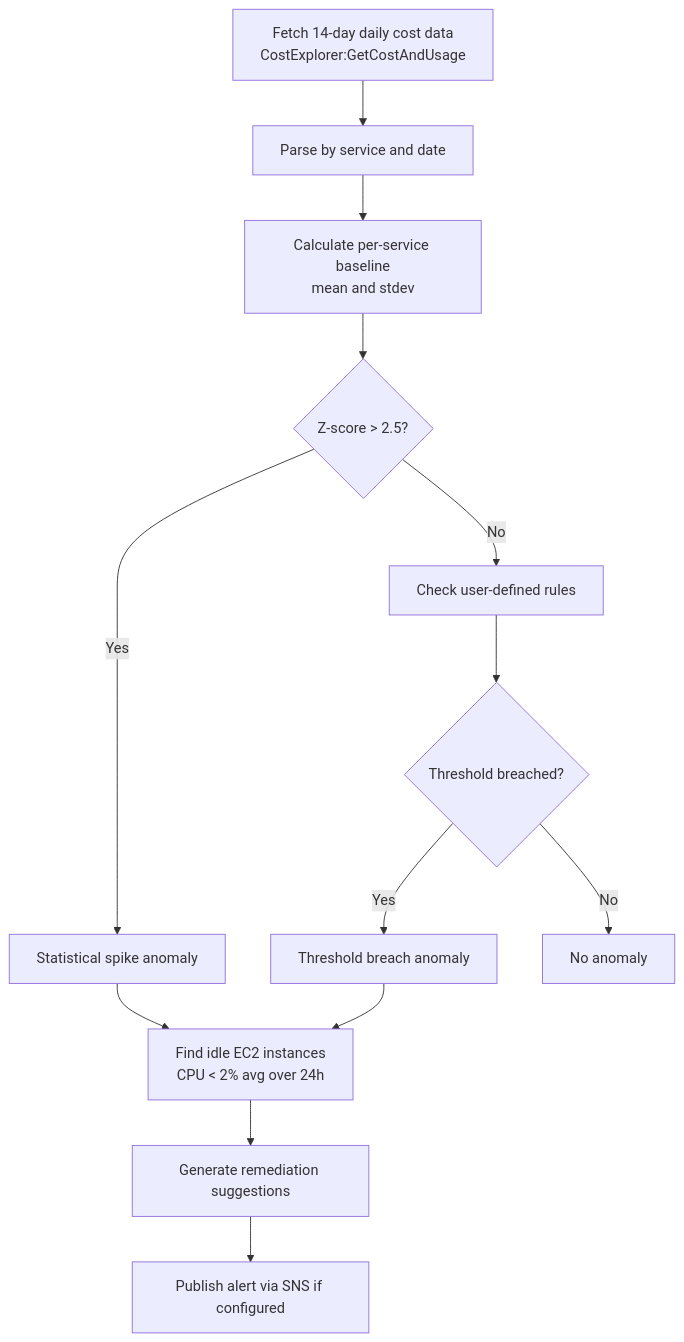
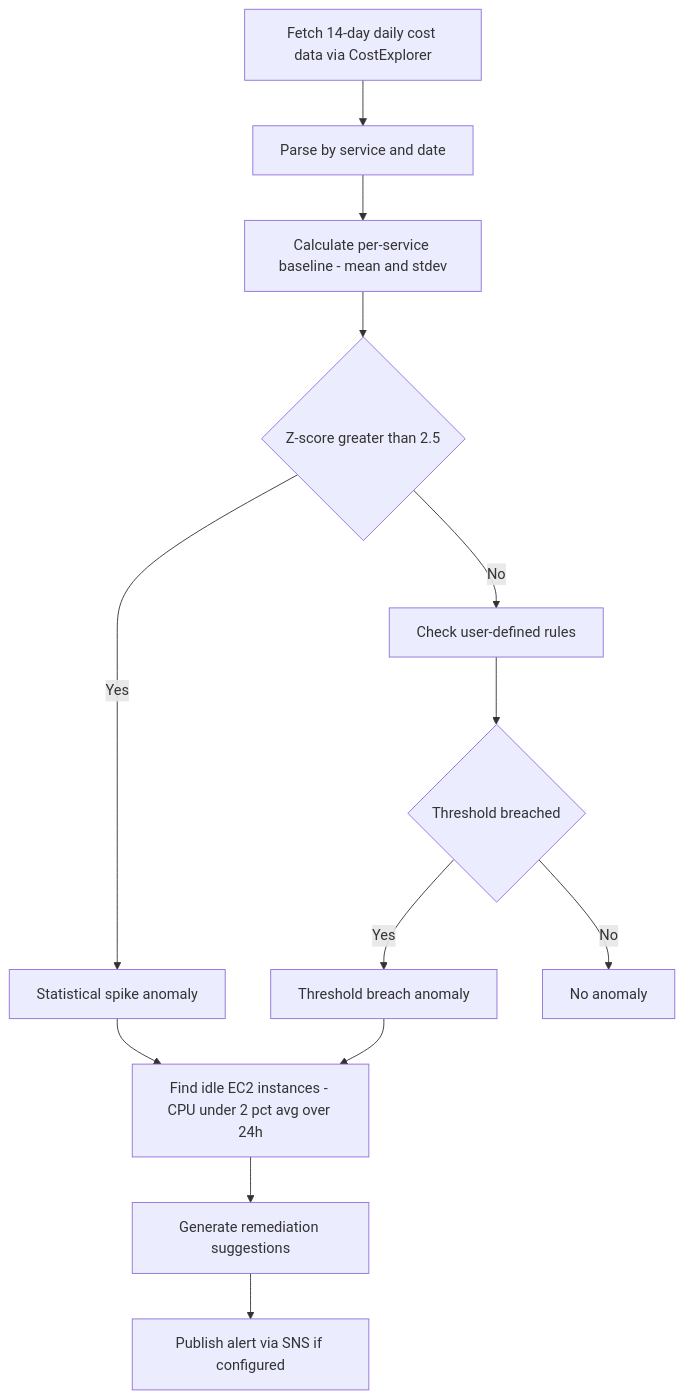
One commit to ritvikindupuri/aws-ai-agent changed diagram 18 of 23 in TECHNICAL_DOCUMENTATION.md. Above: the diagram before and after it, drawn with Mermaid. The commit also changed other lines of this file, not shown here.

Commit message:
Updated README and docs diagrams

````diff
--- a/TECHNICAL_DOCUMENTATION.md
+++ b/TECHNICAL_DOCUMENTATION.md
@@ -1639,15 +1647,15 @@
 ```mermaid
 flowchart TD
-    A[Fetch 14-day daily cost data<br/>CostExplorer:GetCostAndUsage] --> B[Parse by service and date]
-    B --> C[Calculate per-service baseline<br/>mean and stdev]
-    C --> D{Z-score > 2.5?}
+    A[Fetch 14-day daily cost data via CostExplorer] --> B[Parse by service and date]
+    B --> C[Calculate per-service baseline - mean and stdev]
+    C --> D{Z-score greater than 2.5}
     D -- Yes --> E[Statistical spike anomaly]
     D -- No --> F[Check user-defined rules]
-    F --> G{Threshold breached?}
+    F --> G{Threshold breached}
     G -- Yes --> H[Threshold breach anomaly]
     G -- No --> I[No anomaly]
-    E --> J[Find idle EC2 instances<br/>CPU < 2% avg over 24h]
+    E --> J[Find idle EC2 instances - CPU under 2 pct avg over 24h]
     H --> J
     J --> K[Generate remediation suggestions]
     K --> L[Publish alert via SNS if configured]
 ```
````
